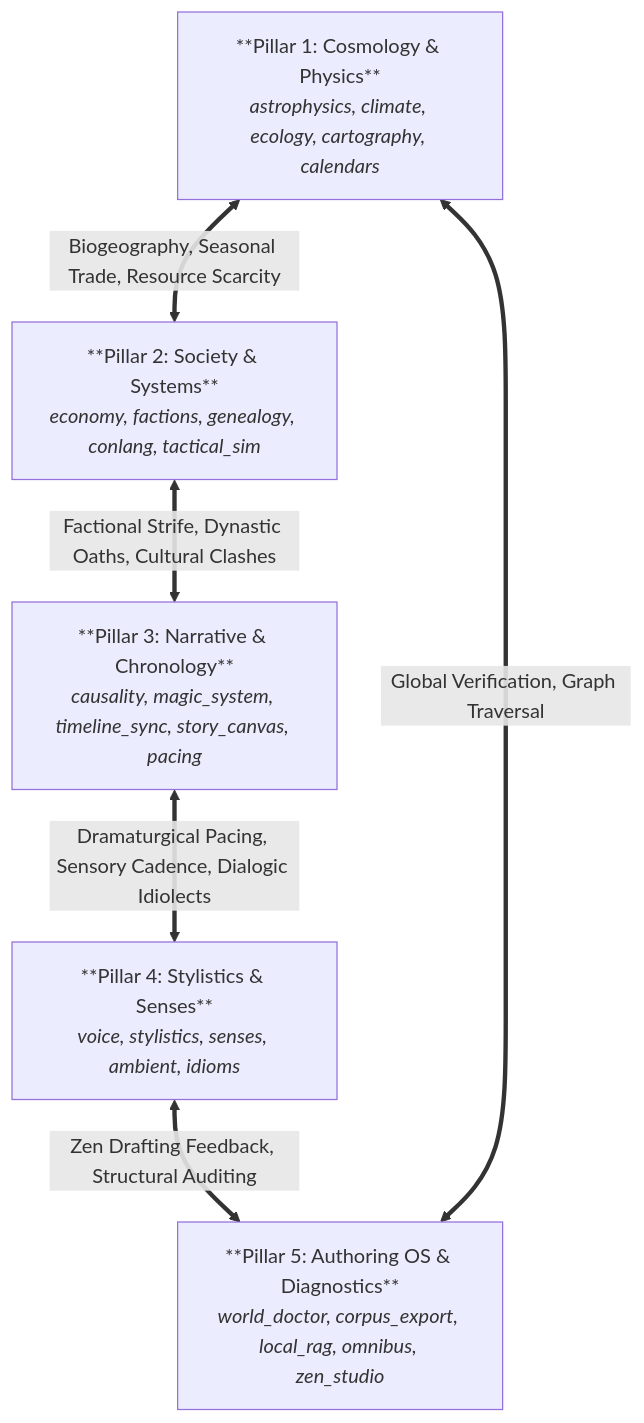
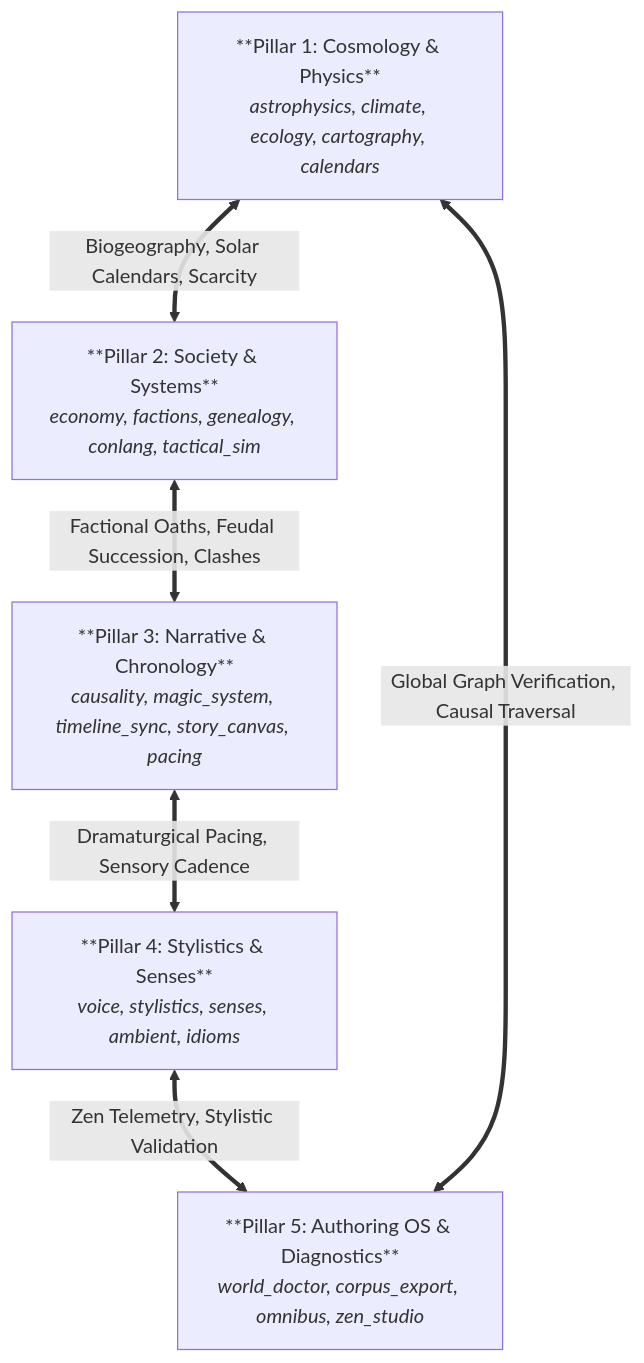
One commit to aryansinghnagar/Ars-Arcanum changed the diagram in docs/RESONANCE.md. Above: the diagram before and after it, drawn with Mermaid. The commit also changed other lines of this file and 239 other files, not shown here.

First line of the commit message:
feat(v5.0.0): streamline to 47 deterministic engines, zero-pip architecture, and encyclopedic craft references

````diff
--- a/docs/RESONANCE.md
+++ b/docs/RESONANCE.md
@@ -22,14 +18,14 @@
 ```mermaid
 flowchart TD
     P1["**Pillar 1: Cosmology & Physics**<br><i>astrophysics, climate, ecology, cartography, calendars</i>"]
     P2["**Pillar 2: Society & Systems**<br><i>economy, factions, genealogy, conlang, tactical_sim</i>"]
     P3["**Pillar 3: Narrative & Chronology**<br><i>causality, magic_system, timeline_sync, story_canvas, pacing</i>"]
     P4["**Pillar 4: Stylistics & Senses**<br><i>voice, stylistics, senses, ambient, idioms</i>"]
-    P5["**Pillar 5: Authoring OS & Diagnostics**<br><i>world_doctor, corpus_export, local_rag, omnibus, zen_studio</i>"]
+    P5["**Pillar 5: Authoring OS & Diagnostics**<br><i>world_doctor, corpus_export, omnibus, zen_studio</i>"]
 
-    P1 <==>|Biogeography, Seasonal Trade, Resource Scarcity| P2
-    P2 <==>|Factional Strife, Dynastic Oaths, Cultural Clashes| P3
-    P3 <==>|Dramaturgical Pacing, Sensory Cadence, Dialogic Idiolects| P4
-    P4 <==>|Zen Drafting Feedback, Structural Auditing| P5
-    P5 <==>|Global Verification, Graph Traversal| P1
+    P1 <==>|Biogeography, Solar Calendars, Scarcity| P2
+    P2 <==>|Factional Oaths, Feudal Succession, Clashes| P3
+    P3 <==>|Dramaturgical Pacing, Sensory Cadence| P4
+    P4 <==>|Zen Telemetry, Stylistic Validation| P5
+    P5 <==>|Global Graph Verification, Causal Traversal| P1
 ```
````
